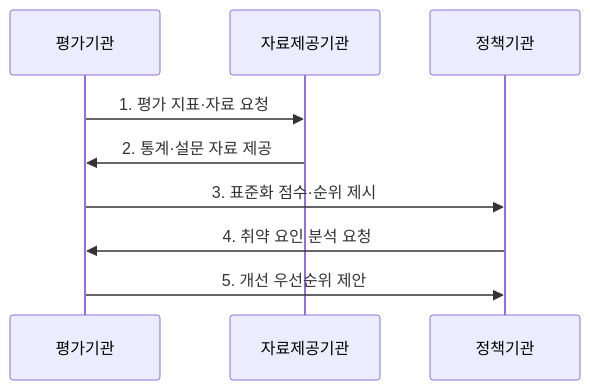
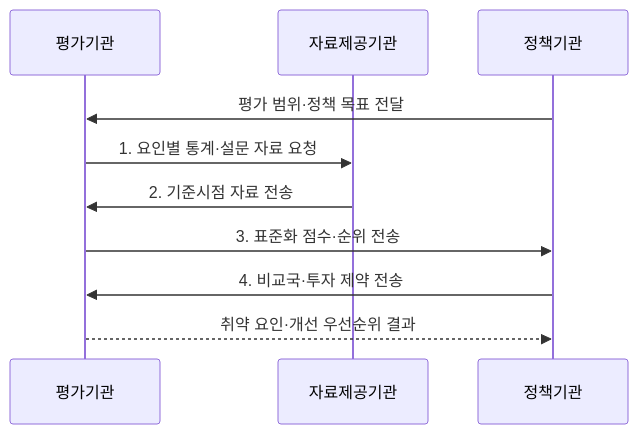
Before and after one commit to agnusdei1207/knowledge-base: the second of 2 diagrams in src/content/docs/notes/07-law-policy/011_national_digital_competitiveness.md, drawn with Mermaid. The commit also changed other lines of this file and 20 other files, not shown here.

````diff
--- a/src/content/docs/notes/07-law-policy/011_national_digital_competitiveness.md
+++ b/src/content/docs/notes/07-law-policy/011_national_digital_competitiveness.md
@@ -71,11 +71,12 @@
 ```mermaid
 sequenceDiagram
     participant E as 평가기관
     participant D as 자료제공기관
     participant G as 정책기관
-    E->>D: 1. 평가 지표·자료 요청
-    D->>E: 2. 통계·설문 자료 제공
-    E->>G: 3. 표준화 점수·순위 제시
-    G->>E: 4. 취약 요인 분석 요청
-    E->>G: 5. 개선 우선순위 제안
+    G->>E: 평가 범위·정책 목표 전달
+    E->>D: 1. 요인별 통계·설문 자료 요청
+    D->>E: 2. 기준시점 자료 전송
+    E->>G: 3. 표준화 점수·순위 전송
+    G->>E: 4. 비교국·투자 제약 전송
+    E-->>G: 취약 요인·개선 우선순위 결과
 ```
````
